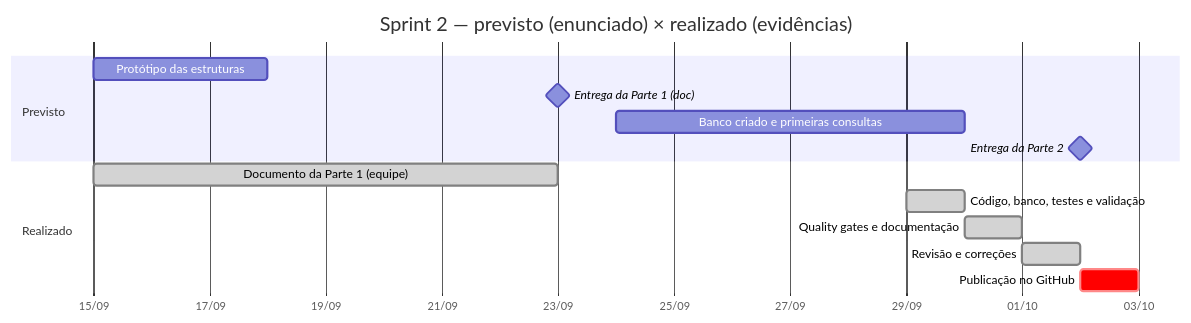
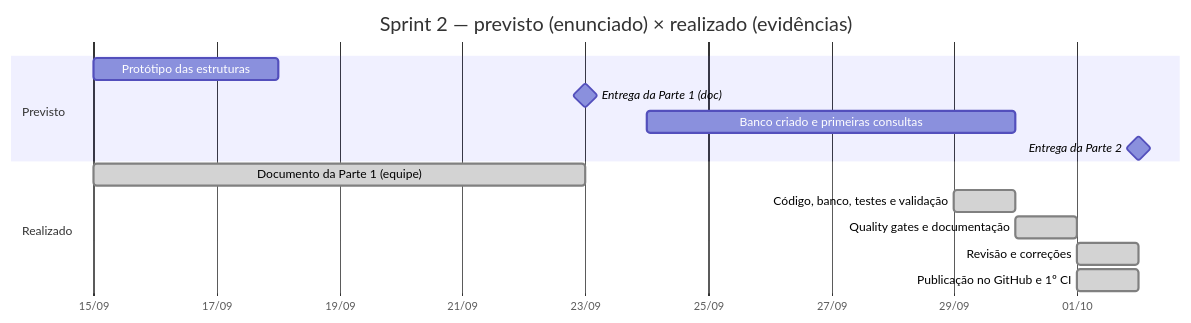
Before and after one commit to guilhermercmoraes-tech/PI2_Sprint2-Grupo-1-UFT: the first of 2 diagrams in docs/parte4/README.md, drawn with Mermaid. The commit also changed other lines of this file and 7 other files, not shown here.

First line of the commit message:
docs: registra a publicação no GitHub e a primeira execução do CI

````diff
--- a/docs/parte4/README.md
+++ b/docs/parte4/README.md
@@ -23,17 +23,17 @@
 ```mermaid
 gantt
     title Sprint 2 — previsto (enunciado) × realizado (evidências)
     dateFormat YYYY-MM-DD
     axisFormat %d/%m
     section Previsto
     Protótipo das estruturas           :p1, 2026-09-15, 2026-09-18
     Entrega da Parte 1 (doc)           :milestone, m1, 2026-09-23, 0d
     Banco criado e primeiras consultas :p2, 2026-09-24, 2026-09-30
     Entrega da Parte 2                 :milestone, m2, 2026-10-02, 0d
     section Realizado
     Documento da Parte 1 (equipe)      :done, r0, 2026-09-15, 2026-09-23
     Código, banco, testes e validação  :done, r1, 2026-09-29, 2026-09-30
     Quality gates e documentação       :done, r2, 2026-09-30, 2026-10-01
     Revisão e correções               :done, r3, 2026-10-01, 2026-10-02
-    Publicação no GitHub              :crit, r4, 2026-10-02, 2026-10-03
+    Publicação no GitHub e 1º CI      :done, r4, 2026-10-01, 2026-10-02
 ```
````
